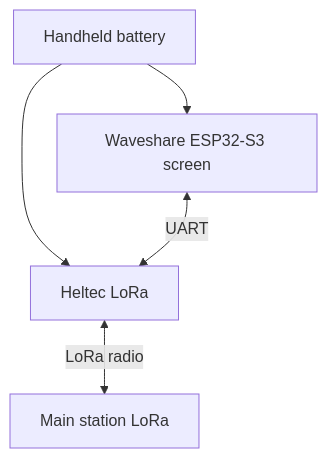
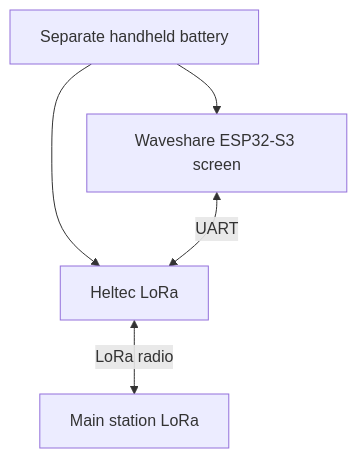
Before and after one commit to azoiu/OFFGRID-Field-Station: the second of 2 diagrams in docs/system-block-diagram.md, drawn with Mermaid. The commit also changed other lines of this file, not shown here.

Commit message:
Update system diagram with separate power outputs

````diff
--- a/docs/system-block-diagram.md
+++ b/docs/system-block-diagram.md
@@ -30,12 +32,12 @@
 ```mermaid
 flowchart TB
-    BAT["Handheld battery"]
+    HBAT["Separate handheld battery"]
     WAVE["Waveshare ESP32-S3 screen"]
     LORA["Heltec LoRa"]
     MAIN["Main station LoRa"]
 
-    BAT --> WAVE
-    BAT --> LORA
+    HBAT --> WAVE
+    HBAT --> LORA
     WAVE <-->|"UART"| LORA
     LORA <-->|"LoRa radio"| MAIN
 ```
````
